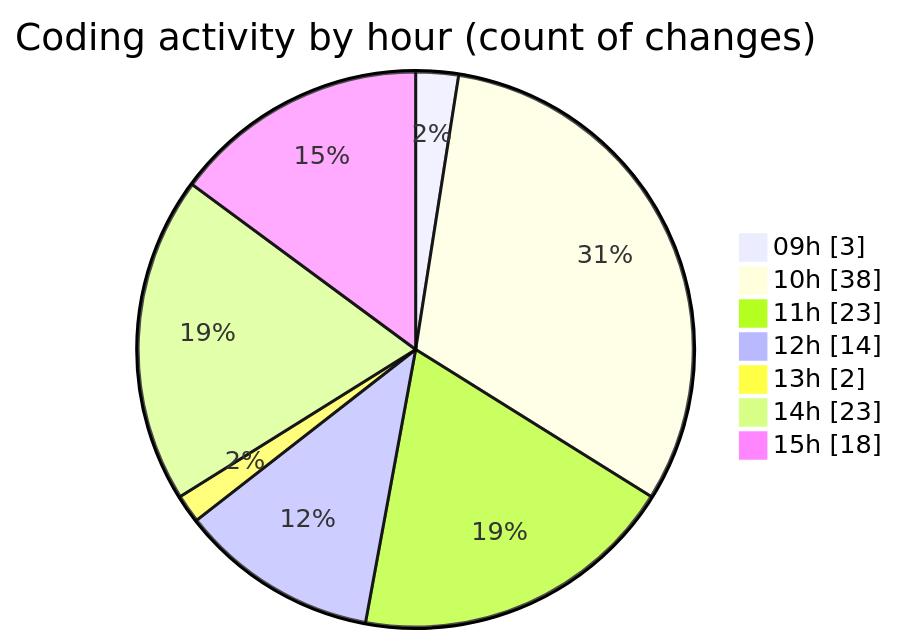
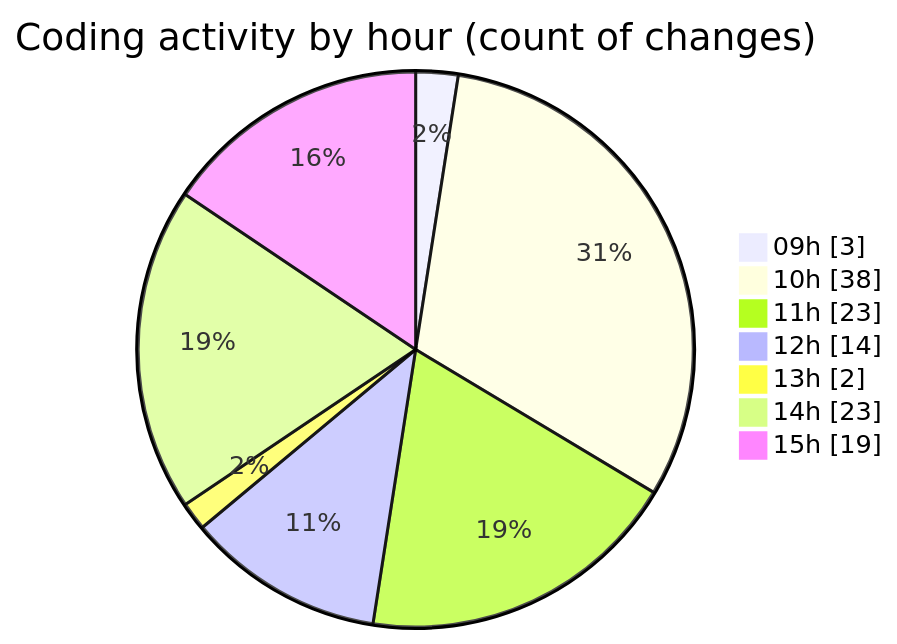
One commit to momahboobian/code-tracking changed the second of 2 diagrams in 2025-11-19/cda/README.md. Above: the diagram before and after it, drawn with Mermaid. The commit also changed other lines of this file and 1 other file, not shown here.

````diff
--- a/2025-11-19/cda/README.md
+++ b/2025-11-19/cda/README.md
@@ -33,11 +33,11 @@
 ```mermaid
 pie showData
 title Coding activity by hour (count of changes)
 "09h" : 3
 "10h" : 38
 "11h" : 23
 "12h" : 14
 "13h" : 2
 "14h" : 23
-"15h" : 18
+"15h" : 19
 ```
````
